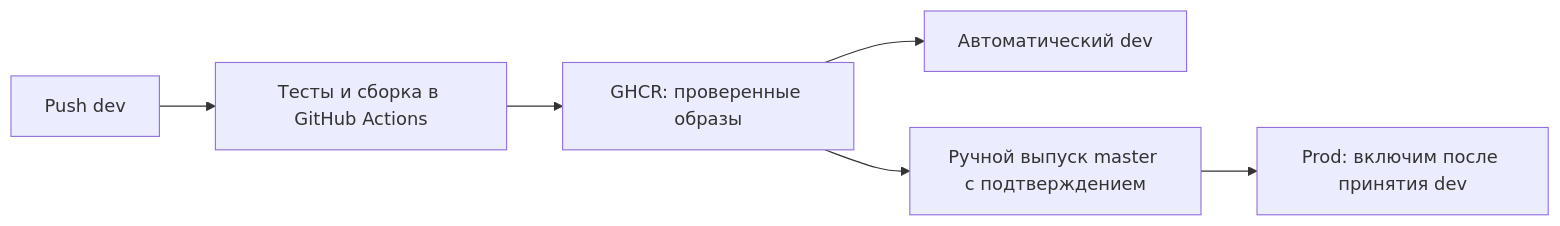
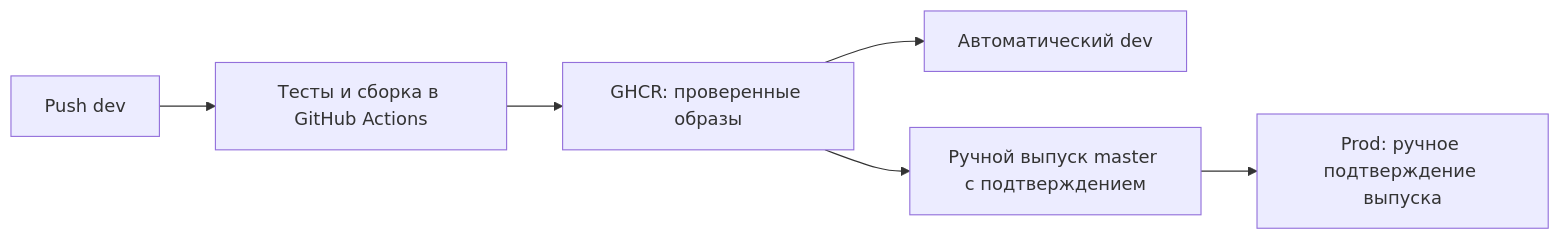
The third of 5 diagrams in README.md (omkality/domofomka), drawn with Mermaid before and after one commit. The commit also changed other lines of this file and 4 other files, not shown here.

````diff
--- a/README.md
+++ b/README.md
@@ -44,8 +44,8 @@
 ```mermaid
 flowchart LR
     D[Push dev] --> CI[Тесты и сборка в GitHub Actions]
     CI --> R[GHCR: проверенные образы]
     R --> DEV[Автоматический dev]
     R --> G[Ручной выпуск master с подтверждением]
-    G --> P[Prod: включим после принятия dev]
+    G --> P[Prod: ручное подтверждение выпуска]
 ```
````
